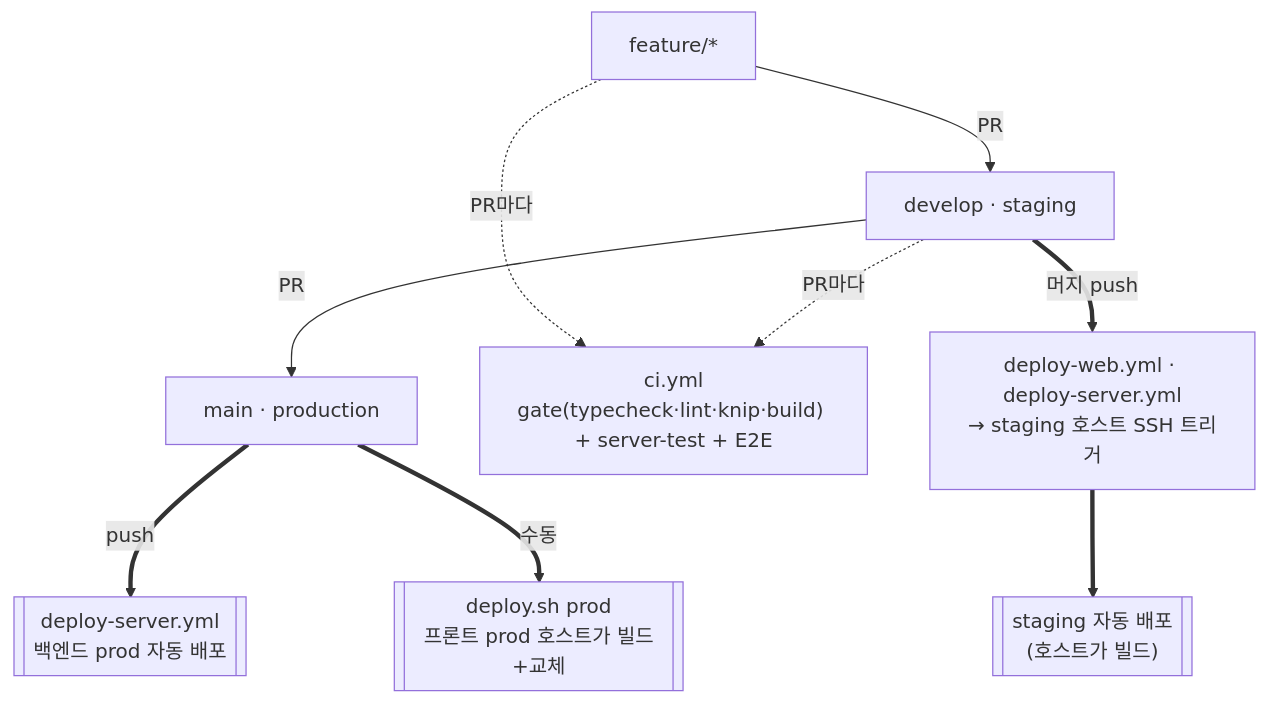
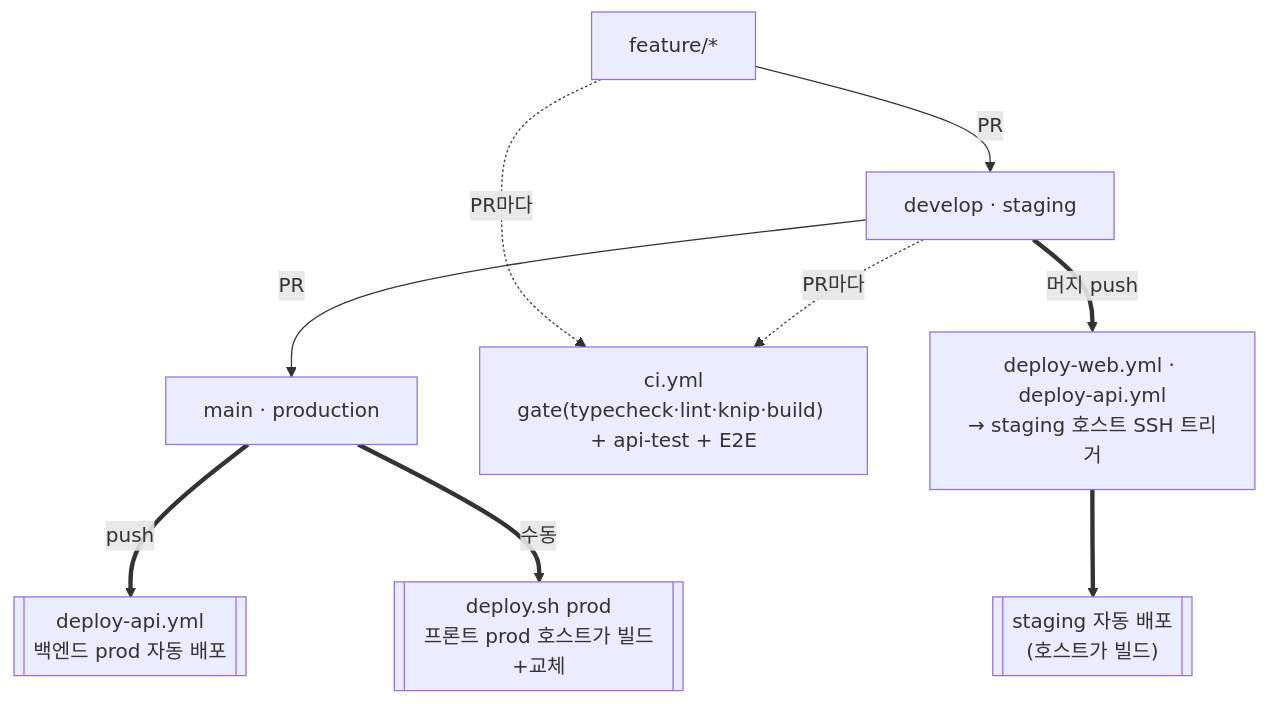
The second of 2 diagrams in README.md (wafflestudio/cse.snu.ac.kr), drawn with Mermaid before and after one commit. The commit also changed other lines of this file and 7 other files, not shown here.

````diff
--- a/README.md
+++ b/README.md
@@ -109,13 +109,13 @@
 ```mermaid
 flowchart TD
   feat["feature/*"] -->|"PR"| dev["develop · staging"]
   dev -->|"PR"| main["main · production"]
 
   feat -. "PR마다" .-> ci
   dev -. "PR마다" .-> ci
-  ci["ci.yml<br/>gate(typecheck·lint·knip·build) + server-test + E2E"]
+  ci["ci.yml<br/>gate(typecheck·lint·knip·build) + api-test + E2E"]
 
-  dev ==>|"머지 push"| dstg["deploy-web.yml · deploy-server.yml<br/>→ staging 호스트 SSH 트리거"] ==> stg[["staging 자동 배포<br/>(호스트가 빌드)"]]
-  main ==>|"push"| dsrv[["deploy-server.yml<br/>백엔드 prod 자동 배포"]]
+  dev ==>|"머지 push"| dstg["deploy-web.yml · deploy-api.yml<br/>→ staging 호스트 SSH 트리거"] ==> stg[["staging 자동 배포<br/>(호스트가 빌드)"]]
+  main ==>|"push"| dsrv[["deploy-api.yml<br/>백엔드 prod 자동 배포"]]
   main ==>|"수동"| prd[["deploy.sh prod<br/>프론트 prod 호스트가 빌드+교체"]]
 ```
````
